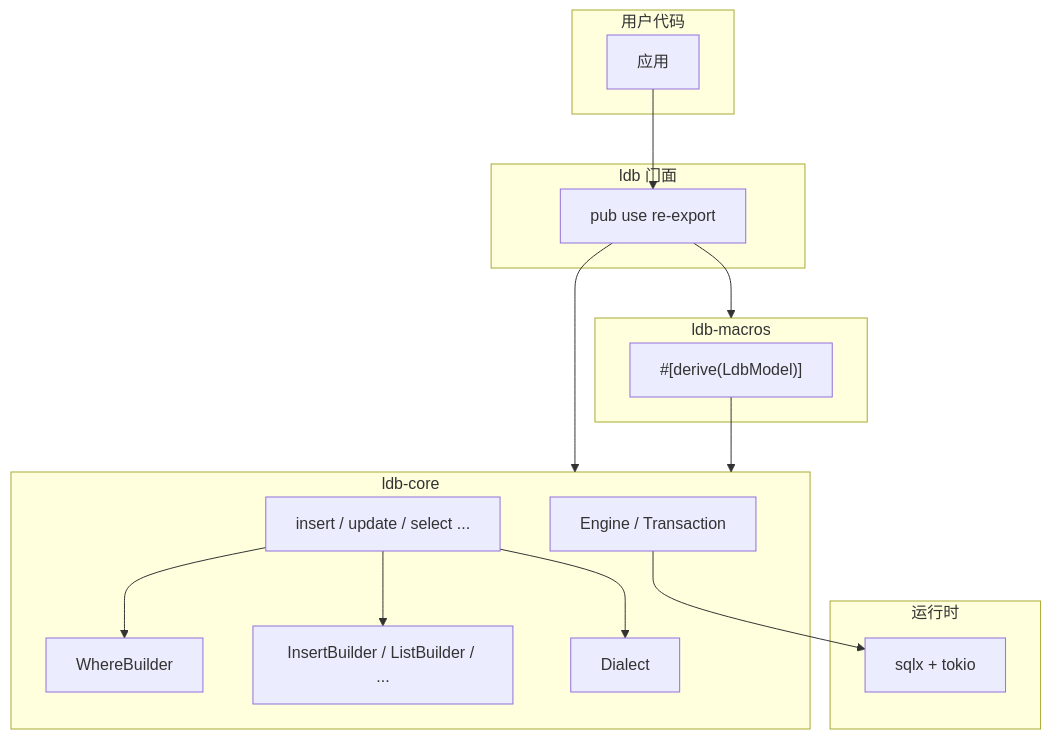
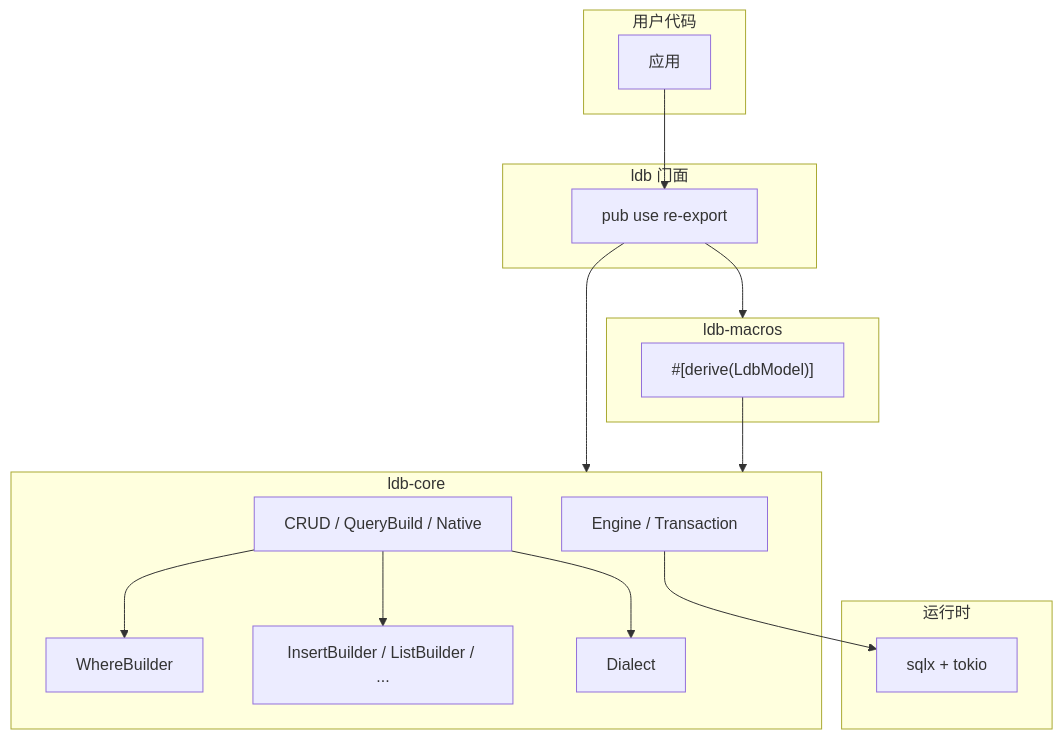
The first of 2 diagrams in doc/architecture.md (lontten/ldb-rs), drawn with Mermaid before and after one commit. The commit also changed other lines of this file and 34 other files, not shown here.

````diff
--- a/doc/architecture.md
+++ b/doc/architecture.md
@@ -7,30 +7,30 @@
 ```mermaid
 flowchart TB
     subgraph user [用户代码]
         App[应用]
     end
     subgraph ldb_crate [ldb 门面]
         Reexport[pub use re-export]
     end
     subgraph core [ldb-core]
         Engine[Engine / Transaction]
-        CRUD[insert / update / select ...]
+        CRUD[CRUD / QueryBuild / Native]
         WB[WhereBuilder]
         Bld["InsertBuilder / ListBuilder / ..."]
         Dialect[Dialect]
     end
     subgraph macros [ldb-macros]
         LdbModel["#[derive(LdbModel)]"]
     end
     subgraph runtime [运行时]
         SQLx[sqlx + tokio]
     end
     App --> Reexport
     Reexport --> core
     Reexport --> macros
     CRUD --> WB
     CRUD --> Bld
     CRUD --> Dialect
     Engine --> SQLx
     LdbModel --> core
 ```
````
